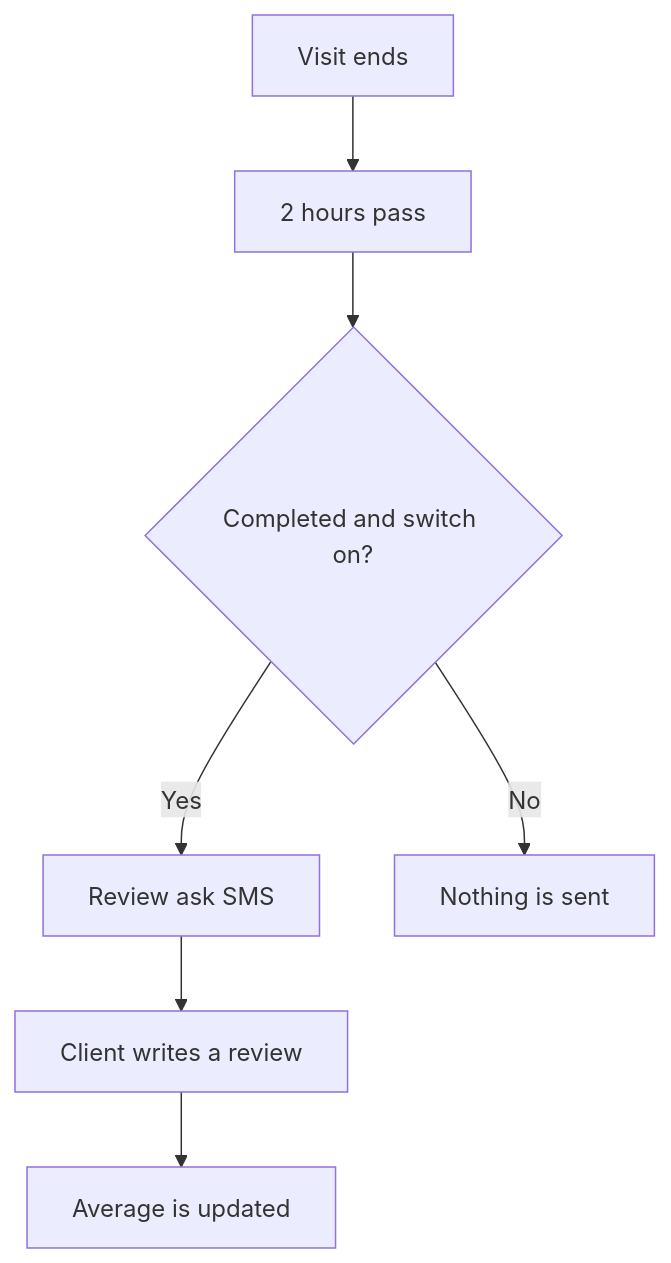
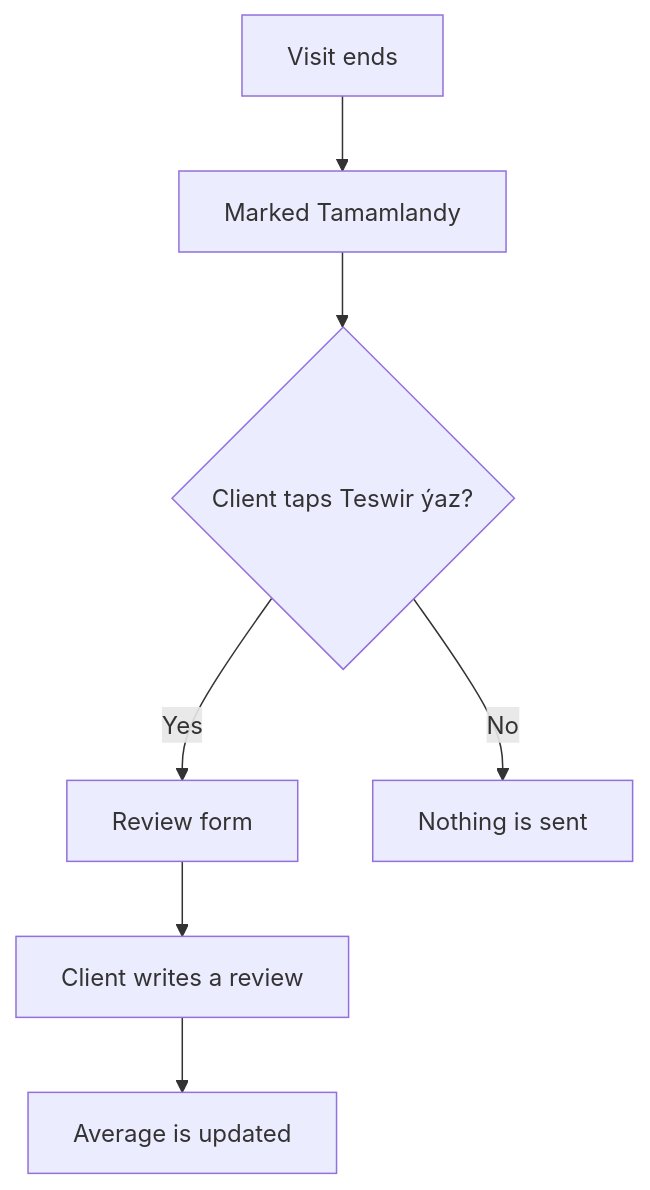
Before and after one commit to azamatos/yeral: the sixth of 22 diagrams in docs/product/07c-flows-system.md, drawn with Mermaid. The commit also changed other lines of this file and 21 other files, not shown here.

````diff
--- a/docs/product/07c-flows-system.md
+++ b/docs/product/07c-flows-system.md
@@ -230,9 +229,9 @@
 ```mermaid
 flowchart TD
-  A["Visit ends"] --> B["2 hours pass"]
-  B --> C{"Completed and switch on?"}
-  C -->|"Yes"| D["Review ask SMS"]
+  A["Visit ends"] --> B["Marked Tamamlandy"]
+  B --> C{"Client taps Teswir ýaz?"}
+  C -->|"Yes"| D["Review form"]
   C -->|"No"| E["Nothing is sent"]
   D --> F["Client writes a review"]
   F --> G["Average is updated"]
 ```
````
